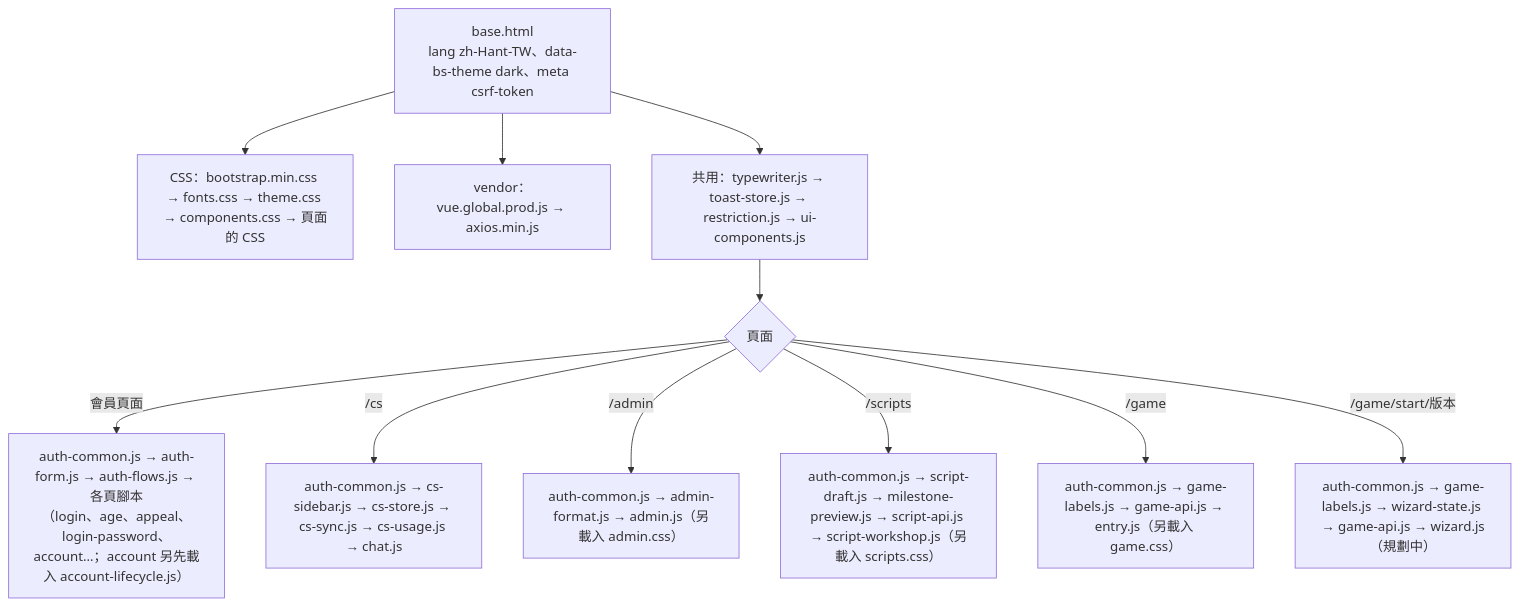
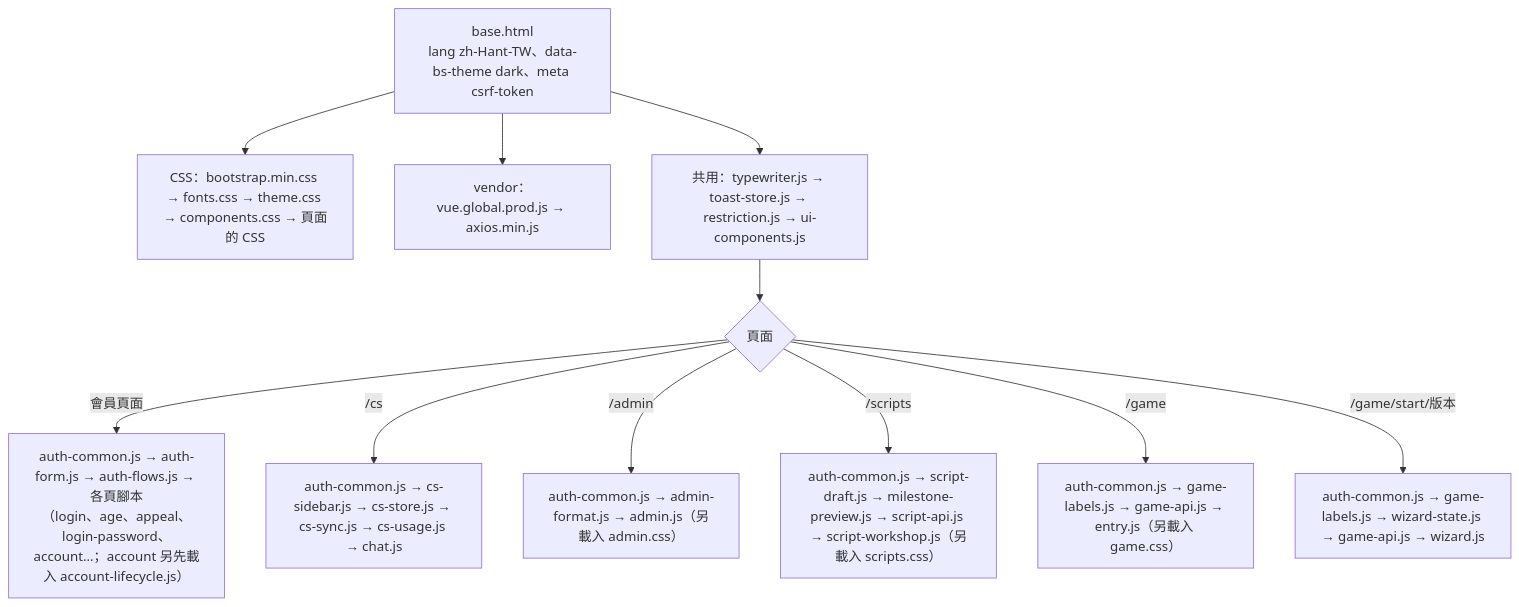
One commit to pp466pp466/R.A.C changed the first of 10 diagrams in docs/前端結構-frontend.md. Above: the diagram before and after it, drawn with Mermaid. The commit also changed other lines of this file and 19 other files, not shown here.

````diff
--- a/docs/前端結構-frontend.md
+++ b/docs/前端結構-frontend.md
@@ -10,14 +10,14 @@
 ```mermaid
 flowchart TD
     Base["base.html<br/>lang zh-Hant-TW、data-bs-theme dark、meta csrf-token"]
     Base --> Css["CSS：bootstrap.min.css → fonts.css → theme.css → components.css → 頁面的 CSS"]
     Base --> Vendor["vendor：vue.global.prod.js → axios.min.js"]
     Base --> Ui["共用：typewriter.js → toast-store.js → restriction.js → ui-components.js"]
     Ui --> Page{"頁面"}
     Page -->|"會員頁面"| Auth["auth-common.js → auth-form.js → auth-flows.js → 各頁腳本<br/>（login、age、appeal、login-password、account…；account 另先載入 account-lifecycle.js）"]
     Page -->|"/cs"| Cs["auth-common.js → cs-sidebar.js → cs-store.js → cs-sync.js → cs-usage.js → chat.js"]
     Page -->|"/admin"| Adm["auth-common.js → admin-format.js → admin.js（另載入 admin.css）"]
     Page -->|"/scripts"| Scr["auth-common.js → script-draft.js → milestone-preview.js → script-api.js → script-workshop.js（另載入 scripts.css）"]
     Page -->|"/game"| Gm["auth-common.js → game-labels.js → game-api.js → entry.js（另載入 game.css）"]
-    Page -->|"/game/start/版本"| Wzd["auth-common.js → game-labels.js → wizard-state.js → game-api.js → wizard.js（規劃中）"]
+    Page -->|"/game/start/版本"| Wzd["auth-common.js → game-labels.js → wizard-state.js → game-api.js → wizard.js"]
 ```
````
